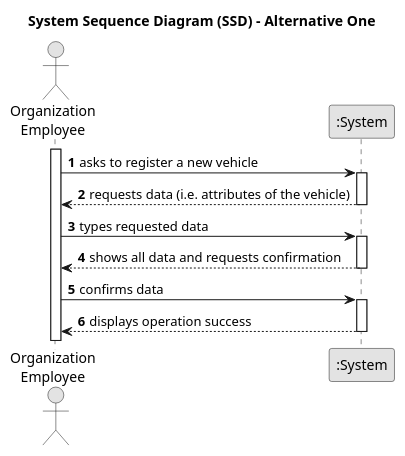
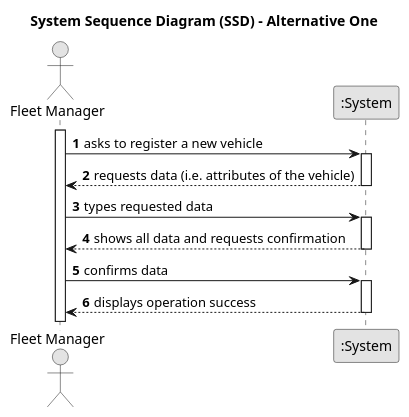
The diagram in docs/sprintA/us006/01.requirements-engineering/puml/us006-system-sequence-diagram-alternative-one.puml (diogoveirospro/lei-24-s2-1dg-g072), drawn with PlantUML before and after one commit. The commit also changed 7 other files, not shown here.

Commit message:
Made changes in the US006 system diagram

```diff
--- a/docs/sprintA/us006/01.requirements-engineering/puml/us006-system-sequence-diagram-alternative-one.puml
+++ b/docs/sprintA/us006/01.requirements-engineering/puml/us006-system-sequence-diagram-alternative-one.puml
@@ -1,33 +1,33 @@
 @startuml
 skinparam monochrome true
 skinparam packageStyle rectangle
 skinparam shadowing false
 
 title System Sequence Diagram (SSD) - Alternative One
 
 autonumber
 
-actor "Organization\nEmployee" as Employee
+actor "Fleet Manager" as Employee
 participant ":System" as System
 
 activate Employee
 
     Employee -> System : asks to register a new vehicle
     activate System
 
         System --> Employee : requests data (i.e. attributes of the vehicle)
     deactivate System
 
     Employee -> System : types requested data
     activate System
 
         System --> Employee : shows all data and requests confirmation
     deactivate System
 
     Employee -> System : confirms data
     activate System
 
         System --> Employee : displays operation success
     deactivate System
 
 @enduml
```
